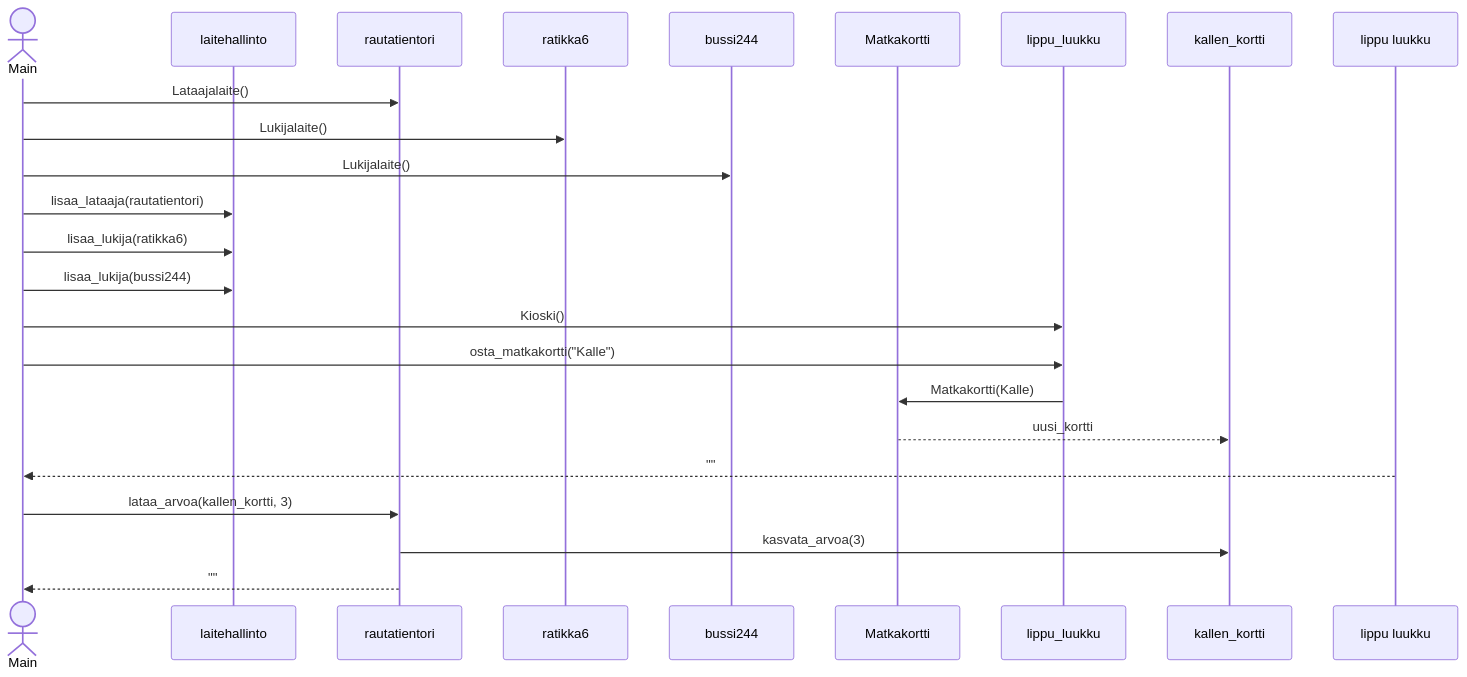
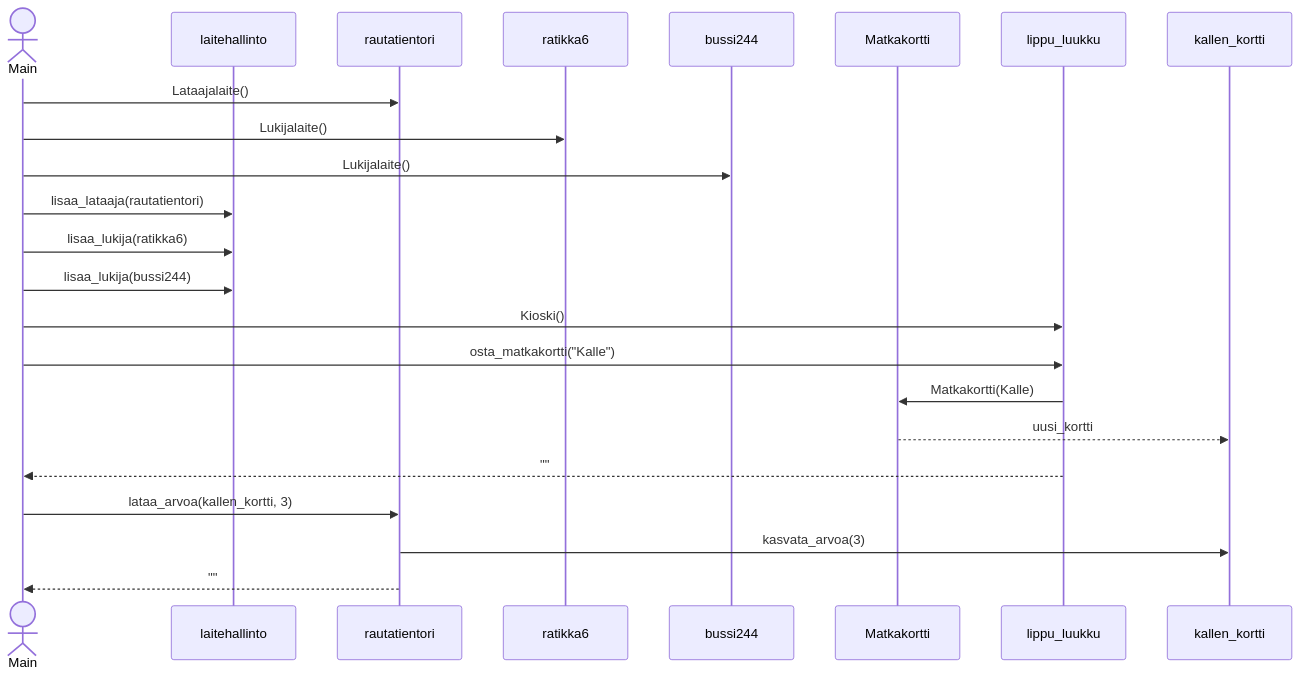
Before and after one commit to Germuu/ot-harjoitusty-: the diagram in laskarit/viikko3/sekvenssikaavio.md, drawn with Mermaid.

````diff
--- a/laskarit/viikko3/sekvenssikaavio.md
+++ b/laskarit/viikko3/sekvenssikaavio.md
@@ -1,34 +1,34 @@
 ```mermaid
 sequenceDiagram
   actor Main
   participant laitehallinto
   participant rautatientori
   participant ratikka6
   participant bussi244
   participant Matkakortti
   
   Main ->> rautatientori : Lataajalaite()
   Main ->> ratikka6: Lukijalaite()
   Main ->> bussi244: Lukijalaite()
 
   Main ->> laitehallinto : lisaa_lataaja(rautatientori)
   Main ->> laitehallinto : lisaa_lukija(ratikka6)
   Main ->> laitehallinto : lisaa_lukija(bussi244)
 
   Main ->> lippu_luukku : Kioski()
   Main ->> lippu_luukku : osta_matkakortti("Kalle")
   lippu_luukku ->> Matkakortti : Matkakortti(Kalle)
   Matkakortti -->> kallen_kortti : uusi_kortti
-  lippu luukku -->> Main : ""
+  lippu_luukku -->> Main : ""
 
   Main ->> rautatientori : lataa_arvoa(kallen_kortti, 3)
   rautatientori ->> kallen_kortti : kasvata_arvoa(3)
   rautatientori -->> Main : ""
   
   
 
   
   
 
  
 ```
````
